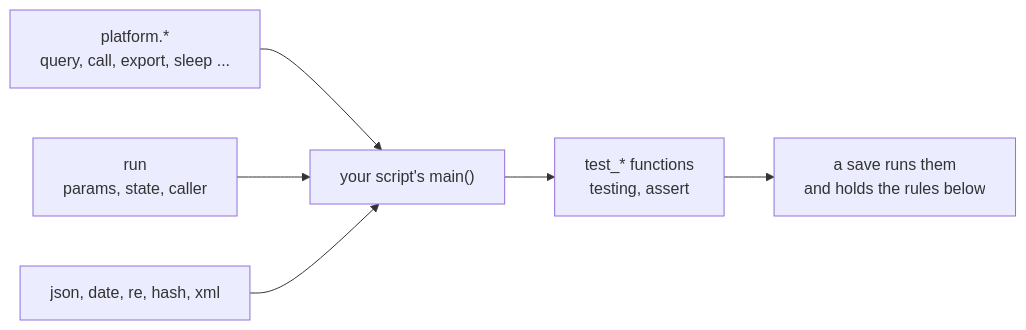
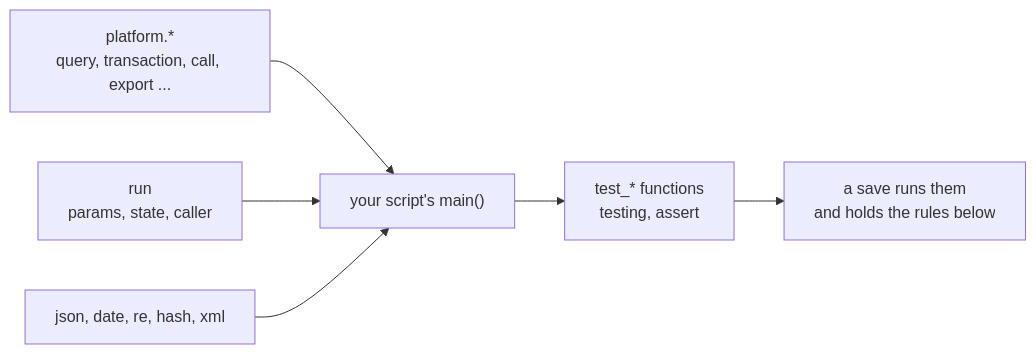
The diagram in internal/platform/knowledgebuiltin/pages/managed-script-dialect.md (txn2/mcp-data-platform), drawn with Mermaid before and after one commit. The commit also changed other lines of this file and 105 other files, not shown here.

First line of the commit message:
feat(appdb): transactions, batches and schema migrations (#2402) (#2445)

````diff
--- a/internal/platform/knowledgebuiltin/pages/managed-script-dialect.md
+++ b/internal/platform/knowledgebuiltin/pages/managed-script-dialect.md
@@ -11,8 +8,8 @@
 ```mermaid
 flowchart LR
-  P["platform.*<br/>query, call, export, sleep ..."] --> S["your script's main()"]
+  P["platform.*<br/>query, transaction, call, export ..."] --> S["your script's main()"]
   R["run<br/>params, state, caller"] --> S
   M["json, date, re, hash, xml"] --> S
   S --> T["test_* functions<br/>testing, assert"]
   T --> V["a save runs them<br/>and holds the rules below"]
 ```
````
